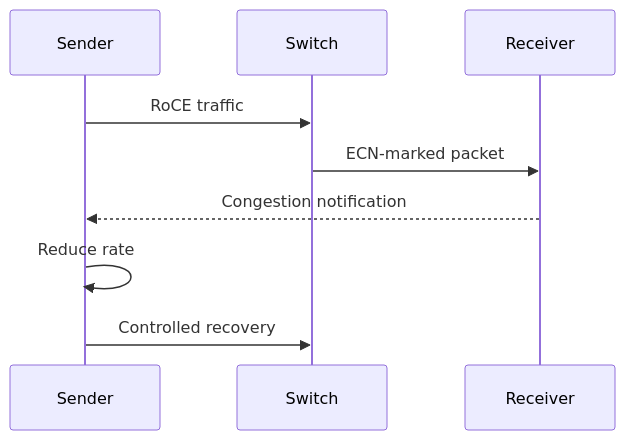
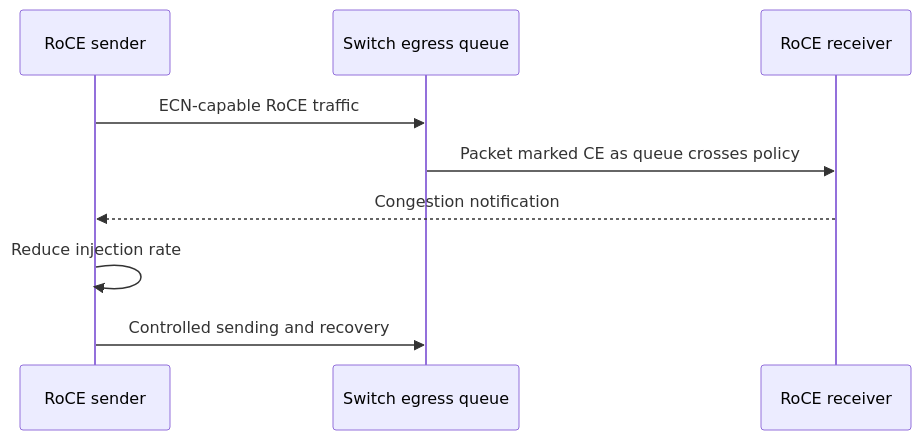
The first of 2 diagrams in docs/nvidia-zero-to-hero/volume-09/chapter-05-ecn-and-dcqcn.md (jithinpnjm/nvidia-devops), drawn with Mermaid before and after one commit. The commit also changed other lines of this file and 2 other files, not shown here.

Commit message:
docs: deepen volume 09 congestion control chapters

````diff
--- a/docs/nvidia-zero-to-hero/volume-09/chapter-05-ecn-and-dcqcn.md
+++ b/docs/nvidia-zero-to-hero/volume-09/chapter-05-ecn-and-dcqcn.md
@@ -18,11 +40,11 @@
 ```mermaid
 sequenceDiagram
-    participant Sender
-    participant Switch
-    participant Receiver
-    Sender->>Switch: RoCE traffic
-    Switch->>Receiver: ECN-marked packet
-    Receiver-->>Sender: Congestion notification
-    Sender->>Sender: Reduce rate
-    Sender->>Switch: Controlled recovery
+    participant S as RoCE sender
+    participant Q as Switch egress queue
+    participant R as RoCE receiver
+    S->>Q: ECN-capable RoCE traffic
+    Q->>R: Packet marked CE as queue crosses policy
+    R-->>S: Congestion notification
+    S->>S: Reduce injection rate
+    S->>Q: Controlled sending and recovery
 ```
````
